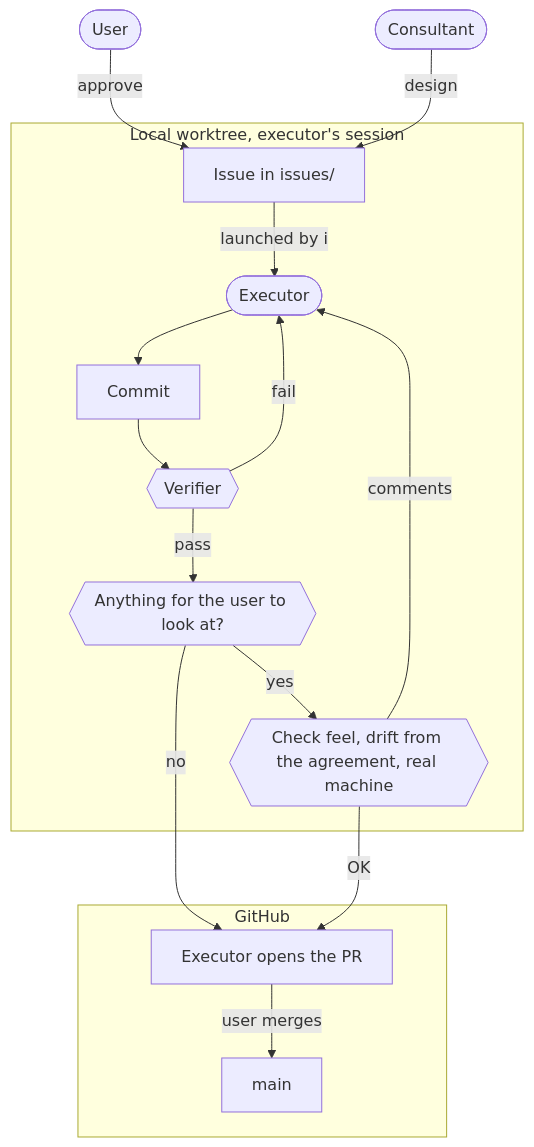
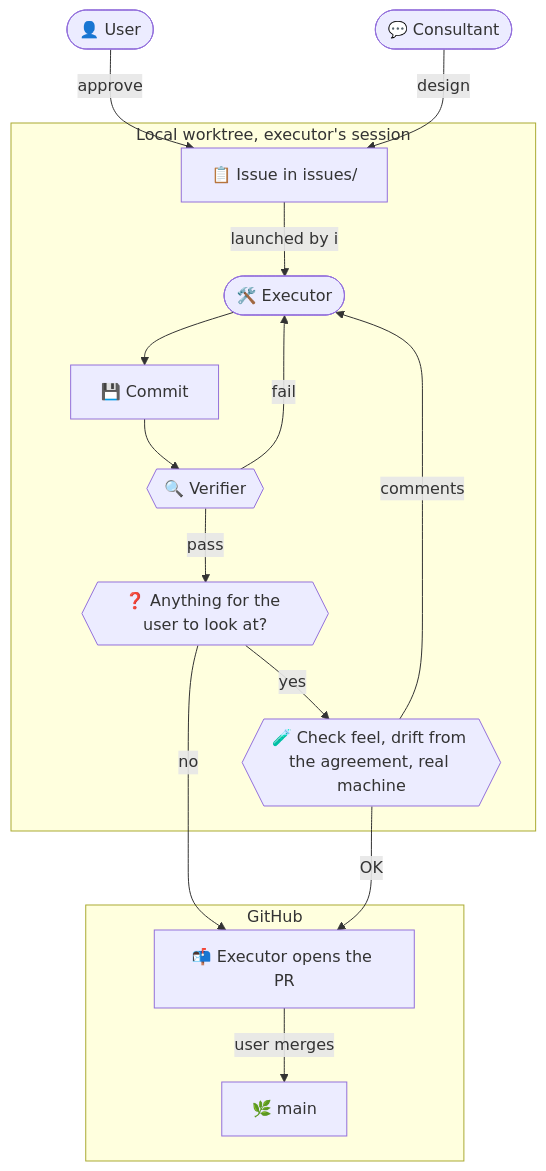
The diagram in README.en.md (yktsnet/dotfiles-public), drawn with Mermaid before and after one commit. The commit also changed 1 other file, not shown here.

Commit message:
docs: Mermaid の各ノードに絵文字を置く (#108)

````diff
--- a/README.en.md
+++ b/README.en.md
@@ -63,19 +63,19 @@
 ```mermaid
 flowchart TD
-    U([User]) -->|approve| I[Issue in issues/]
-    C([Consultant]) -->|design| I
+    U([👤 User]) -->|approve| I[📋 Issue in issues/]
+    C([💬 Consultant]) -->|design| I
     subgraph local [Local worktree, executor's session]
-        I -->|launched by i| E([Executor])
-        E --> L[Commit]
-        L --> J{{Verifier}}
+        I -->|launched by i| E([🛠️ Executor])
+        E --> L[💾 Commit]
+        L --> J{{🔍 Verifier}}
         J -->|fail| E
-        J -->|pass| V{{Anything for the user to look at?}}
-        V -->|yes| H{{Check feel, drift from the agreement, real machine}}
+        J -->|pass| V{{❓ Anything for the user to look at?}}
+        V -->|yes| H{{🧪 Check feel, drift from the agreement, real machine}}
         H -->|comments| E
     end
     V -->|no| P
     H -->|OK| P
     subgraph remote [GitHub]
-        P[Executor opens the PR] -->|user merges| M[main]
+        P[📬 Executor opens the PR] -->|user merges| M[🌿 main]
     end
 ```
````
